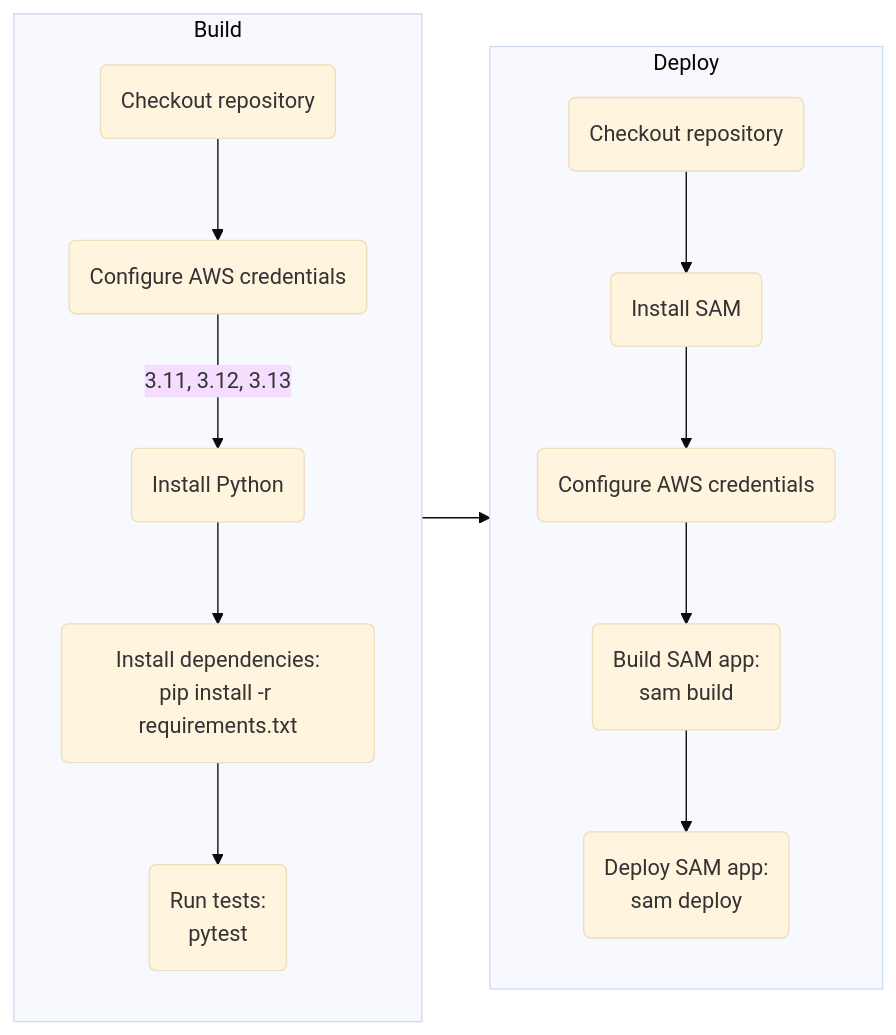
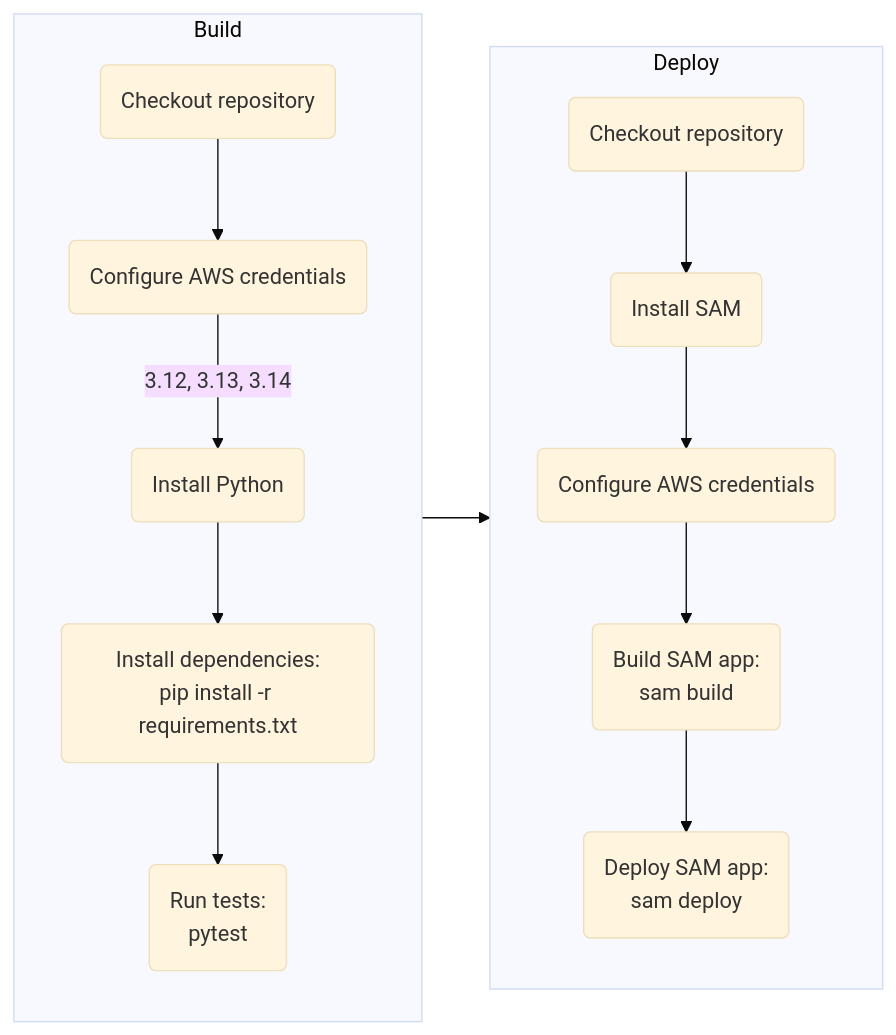
Before and after one commit to Abhiek187/aws-shop: the second of 4 diagrams in README.md, drawn with Mermaid (base theme). The commit also changed 1 other file, not shown here.

Commit message:
Bump the python testing matrix

````diff
--- a/README.md
+++ b/README.md
@@ -83,21 +83,21 @@
 ```mermaid
 flowchart LR
 
 A --> B
 
 subgraph A [Build]
 direction TB
 C(Checkout repository) --> D(Configure AWS credentials)
-D -->|3.11, 3.12, 3.13| E(Install Python)
+D -->|3.12, 3.13, 3.14| E(Install Python)
 E --> F(Install dependencies:<br>pip install -r requirements.txt)
 F --> G(Run tests:<br>pytest)
 end
 
 subgraph B [Deploy]
 direction TB
 H(Checkout repository) --> I(Install SAM)
 I --> J(Configure AWS credentials)
 J --> K(Build SAM app:<br>sam build)
 K --> L(Deploy SAM app:<br>sam deploy)
 end
 ```
````
